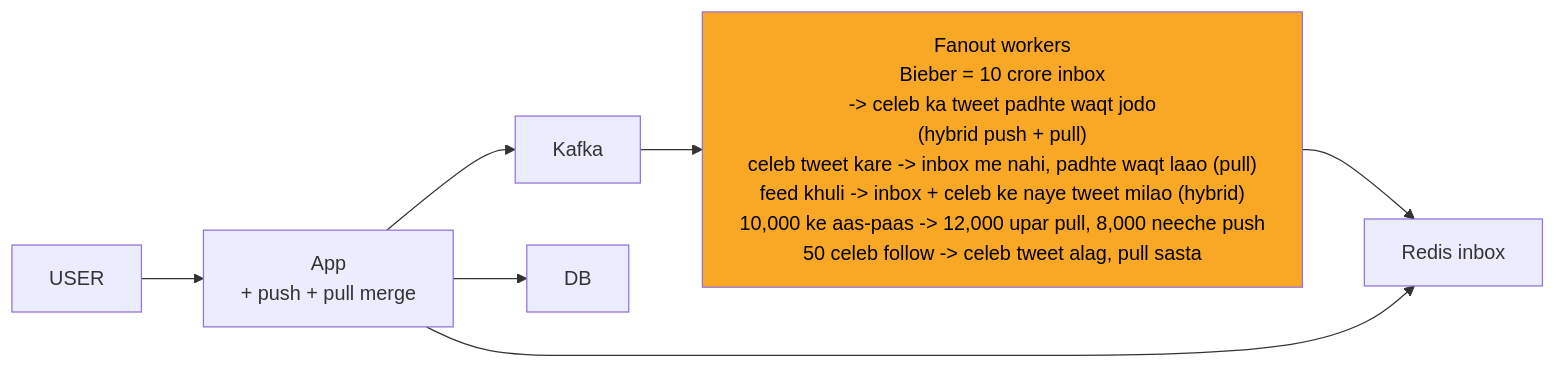
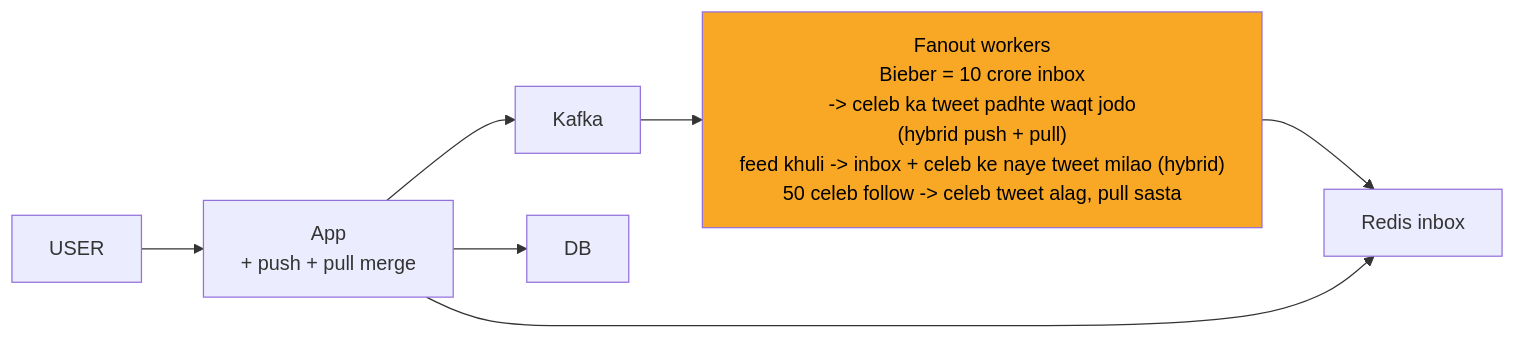
The fourth of 12 diagrams in 04_HLD/SYSTEM_DESIGNS/03_twitter_feed/03_twitter_feed.md (ArpanMaheshwari144/Prep), drawn with Mermaid before and after one commit. The commit also changed other lines of this file and 13 other files, not shown here.

````diff
--- a/04_HLD/SYSTEM_DESIGNS/03_twitter_feed/03_twitter_feed.md
+++ b/04_HLD/SYSTEM_DESIGNS/03_twitter_feed/03_twitter_feed.md
@@ -184,17 +184,17 @@
 ```mermaid
 %%{init: {"flowchart": {"wrappingWidth": 450}}}%%
 flowchart LR
     n_USER["USER"]
     n_App["App<br/>+ push + pull merge"]
     n_Kafka["Kafka"]
-    n_Fanout_workers["Fanout workers<br/>Bieber = 10 crore inbox<br/>-> celeb ka tweet padhte waqt jodo<br/>(hybrid push + pull)<br/>celeb tweet kare -> inbox me nahi, padhte waqt laao (pull)<br/>feed khuli -> inbox + celeb ke naye tweet milao (hybrid)<br/>10,000 ke aas-paas -> 12,000 upar pull, 8,000 neeche push<br/>50 celeb follow -> celeb tweet alag, pull sasta"]
+    n_Fanout_workers["Fanout workers<br/>Bieber = 10 crore inbox<br/>-> celeb ka tweet padhte waqt jodo<br/>(hybrid push + pull)<br/>feed khuli -> inbox + celeb ke naye tweet milao (hybrid)<br/>50 celeb follow -> celeb tweet alag, pull sasta"]
     n_Redis_inbox["Redis inbox"]
     n_DB["DB"]
     n_USER --> n_App
     n_App --> n_Kafka
     n_App --> n_DB
     n_Kafka --> n_Fanout_workers
     n_Fanout_workers --> n_Redis_inbox
     n_App --> n_Redis_inbox
     style n_Fanout_workers fill:#f9a825,color:#000
 ```
````
